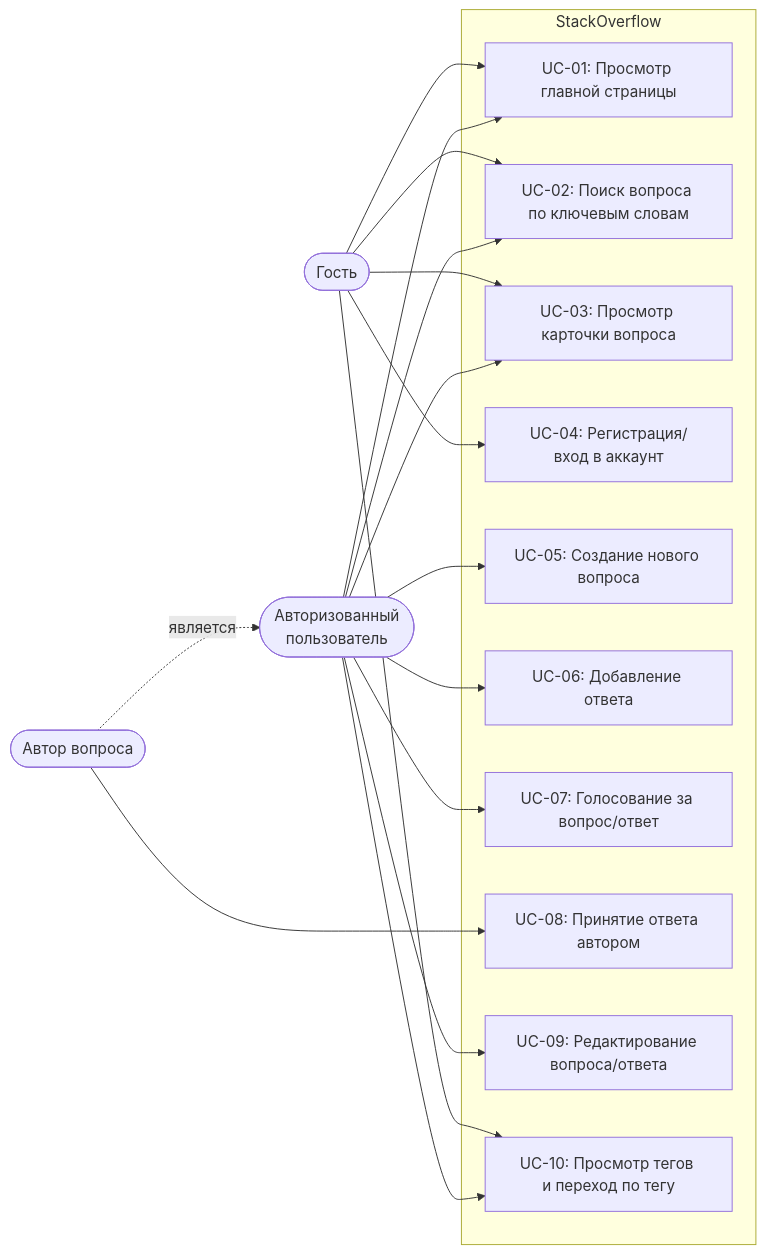
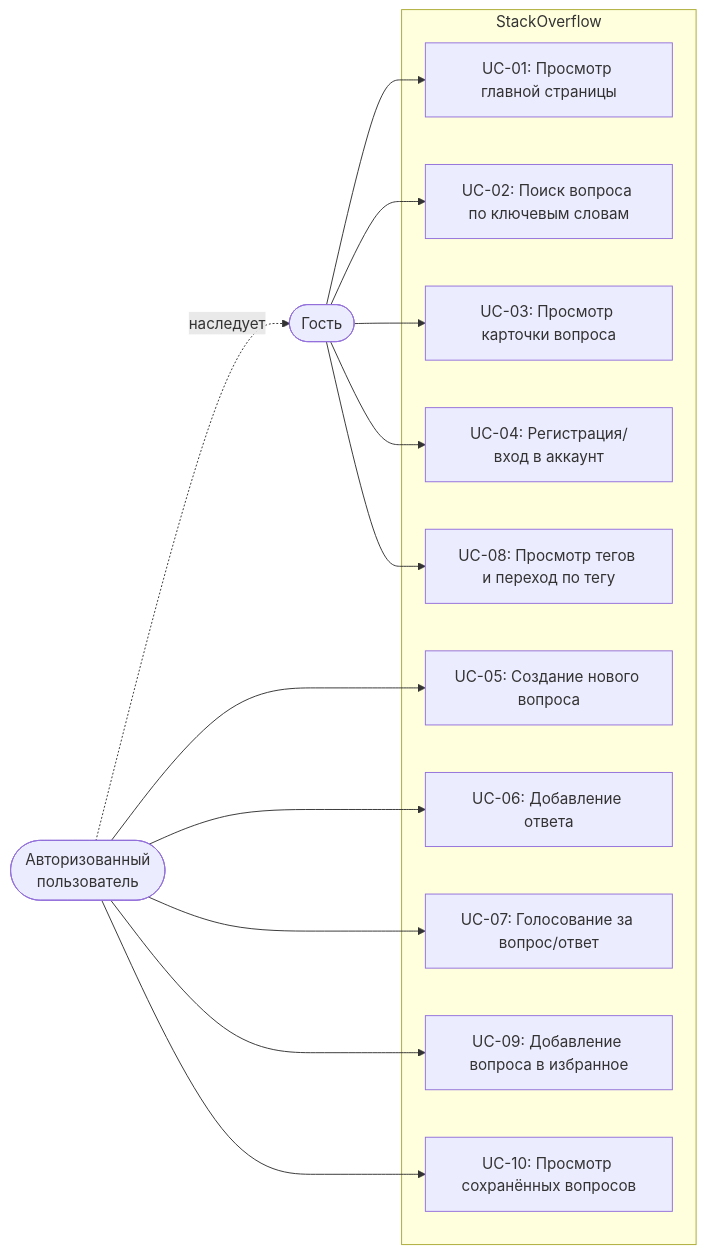
The first of 2 diagrams in docs/use-case-diagram.md (arekalov/tpo-lab3), drawn with Mermaid before and after one commit. The commit also changed other lines of this file and 3 other files, not shown here.

````diff
--- a/docs/use-case-diagram.md
+++ b/docs/use-case-diagram.md
@@ -3,37 +3,33 @@
 ```mermaid
 flowchart LR
     Guest(["Гость"])
     AuthUser(["Авторизованный\nпользователь"])
-    QuestionAuthor(["Автор вопроса"])
+
+    AuthUser -.->|"наследует"| Guest
 
     subgraph SO ["StackOverflow"]
         UC01["UC-01: Просмотр главной страницы"]
         UC02["UC-02: Поиск вопроса по ключевым словам"]
         UC03["UC-03: Просмотр карточки вопроса"]
         UC04["UC-04: Регистрация/вход в аккаунт"]
+        UC08["UC-08: Просмотр тегов и переход по тегу"]
+
         UC05["UC-05: Создание нового вопроса"]
         UC06["UC-06: Добавление ответа"]
         UC07["UC-07: Голосование за вопрос/ответ"]
-        UC08["UC-08: Принятие ответа автором"]
-        UC09["UC-09: Редактирование вопроса/ответа"]
-        UC10["UC-10: Просмотр тегов и переход по тегу"]
+        UC09["UC-09: Добавление вопроса в избранное"]
+        UC10["UC-10: Просмотр сохранённых вопросов"]
     end
 
     Guest --> UC01
     Guest --> UC02
     Guest --> UC03
     Guest --> UC04
-    Guest --> UC10
+    Guest --> UC08
 
-    AuthUser --> UC01
-    AuthUser --> UC02
-    AuthUser --> UC03
     AuthUser --> UC05
     AuthUser --> UC06
     AuthUser --> UC07
     AuthUser --> UC09
     AuthUser --> UC10
-
-    QuestionAuthor --> UC08
-    QuestionAuthor -.->|"является"| AuthUser
 ```
````
